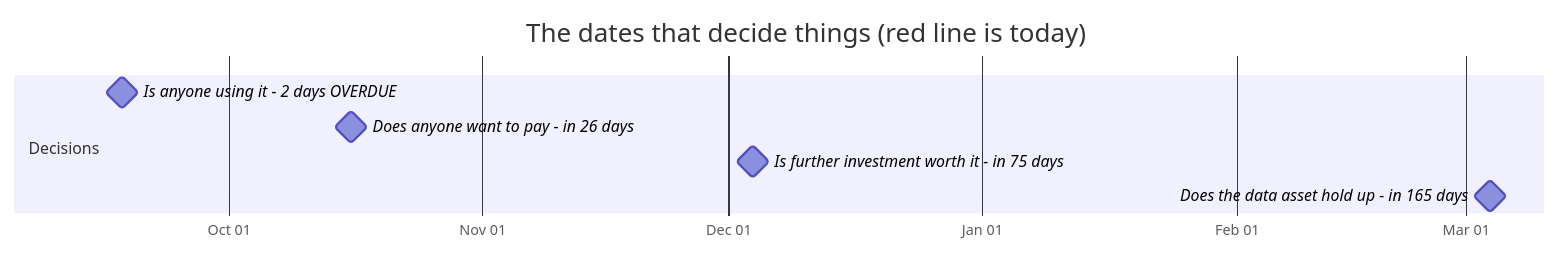
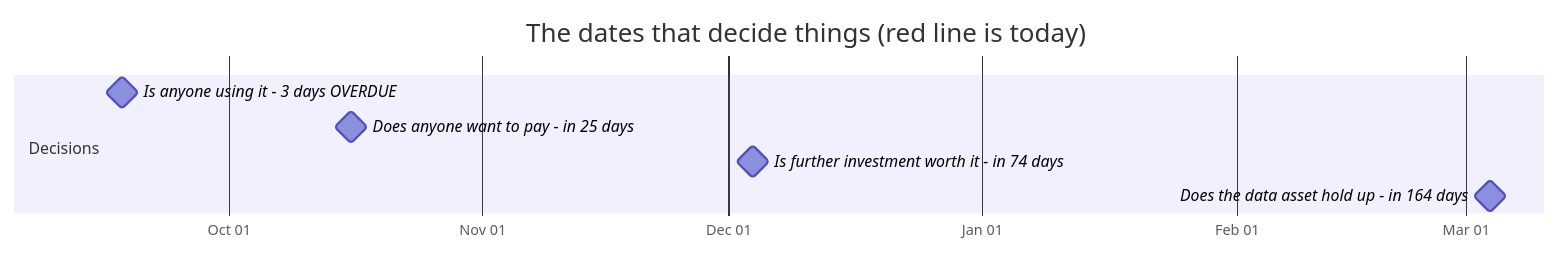
Before and after one commit to jakegu1/vetagent: the first of 2 diagrams in docs/OWNER.md, drawn with Mermaid. The commit also changed other lines of this file and 11 other files, not shown here.

````diff
--- a/docs/OWNER.md
+++ b/docs/OWNER.md
@@ -75,12 +75,12 @@
 ```mermaid
 gantt
     dateFormat YYYY-MM-DD
     axisFormat %b %d
     todayMarker stroke-width:3px,stroke:#d33,stroke-dasharray:0
     title The dates that decide things (red line is today)
     section Decisions
-    Is anyone using it - 2 days OVERDUE :milestone, 2026-09-18, 0d
-    Does anyone want to pay - in 26 days :milestone, 2026-10-16, 0d
-    Is further investment worth it - in 75 days :milestone, 2026-12-04, 0d
-    Does the data asset hold up - in 165 days :milestone, 2027-03-04, 0d
+    Is anyone using it - 3 days OVERDUE :milestone, 2026-09-18, 0d
+    Does anyone want to pay - in 25 days :milestone, 2026-10-16, 0d
+    Is further investment worth it - in 74 days :milestone, 2026-12-04, 0d
+    Does the data asset hold up - in 164 days :milestone, 2027-03-04, 0d
 ```
````
